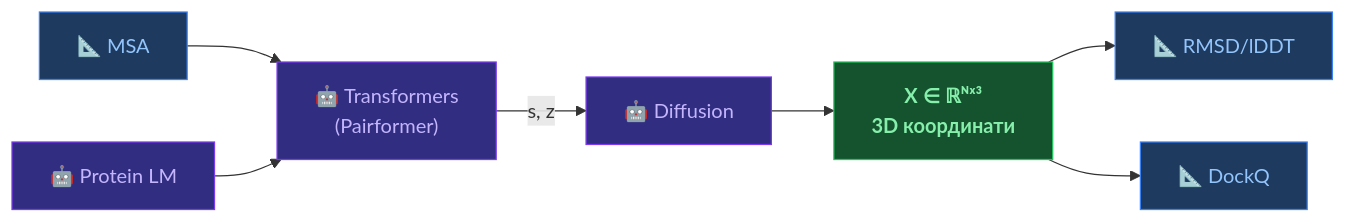
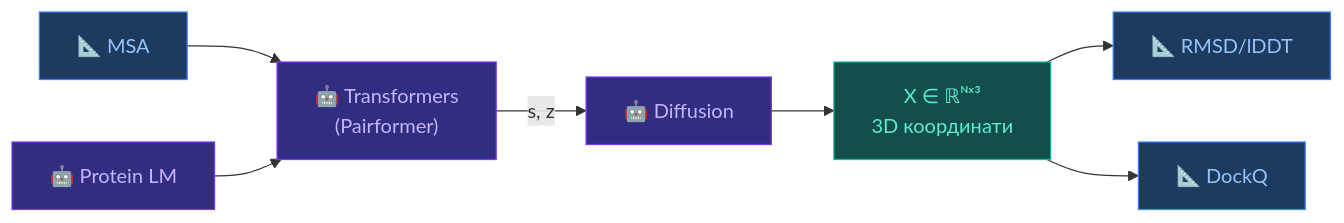
One commit to OlehVolkov/AlphaFold3-AIGen-KnowledgeBase changed the second of 2 diagrams in UA/Індекс.md. Above: the diagram before and after it, drawn with Mermaid. The commit also changed 33 other files, not shown here.

Commit message:
Linting and fixes in diagrams

````diff
--- a/UA/Індекс.md
+++ b/UA/Індекс.md
@@ -90,20 +90,23 @@
 ```mermaid
 flowchart LR
-    MSA["📐 MSA"]:::sbi
-    PLM["🤖 Protein LM"]:::ml
-    TRANS["🤖 Transformers<br/>(Pairformer)"]:::ml
-    DIFF["🤖 Diffusion"]:::ml
-    COORDS["X ∈ ℝᴺˣ³<br/>3D координати"]:::out
-    RMSD["📐 RMSD/lDDT"]:::sbi
-    DOCKQ["📐 DockQ"]:::sbi
+    MSA["📐 MSA"]:::input
+    PLM["🤖 Protein LM"]:::trunk
+    TRANS["🤖 Transformers<br/>(Pairformer)"]:::trunk
+    DIFF["🤖 Diffusion"]:::trunk
+    COORDS["X ∈ ℝᴺˣ³<br/>3D координати"]:::output
+    RMSD["📐 RMSD/lDDT"]:::input
+    DOCKQ["📐 DockQ"]:::input
 
     MSA --> TRANS
     PLM --> TRANS
     TRANS -- "s, z" --> DIFF
     DIFF --> COORDS
     COORDS --> RMSD & DOCKQ
 
-    classDef sbi fill:#1e3a5f,stroke:#3b82f6,color:#93c5fd
-    classDef ml  fill:#312e81,stroke:#7c3aed,color:#c4b5fd
-    classDef out fill:#14532d,stroke:#22c55e,color:#86efac,font-weight:bold
+    classDef input fill:#1e3a5f,stroke:#3b82f6,color:#93c5fd
+    classDef trunk fill:#312e81,stroke:#7c3aed,color:#c4b5fd
+    classDef diffusion fill:#14532d,stroke:#22c55e,color:#86efac
+    classDef confidence fill:#7c2d12,stroke:#ea580c,color:#fdba74
+    classDef output fill:#134e4a,stroke:#14b8a6,color:#5eead4
+    classDef neutral fill:#1e293b,stroke:#475569,color:#94a3b8
 ```
````
